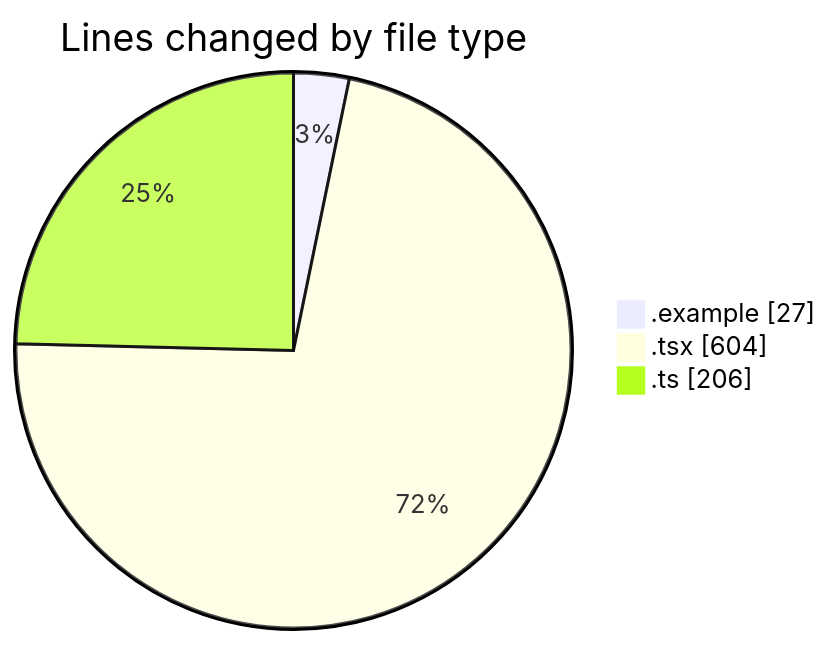
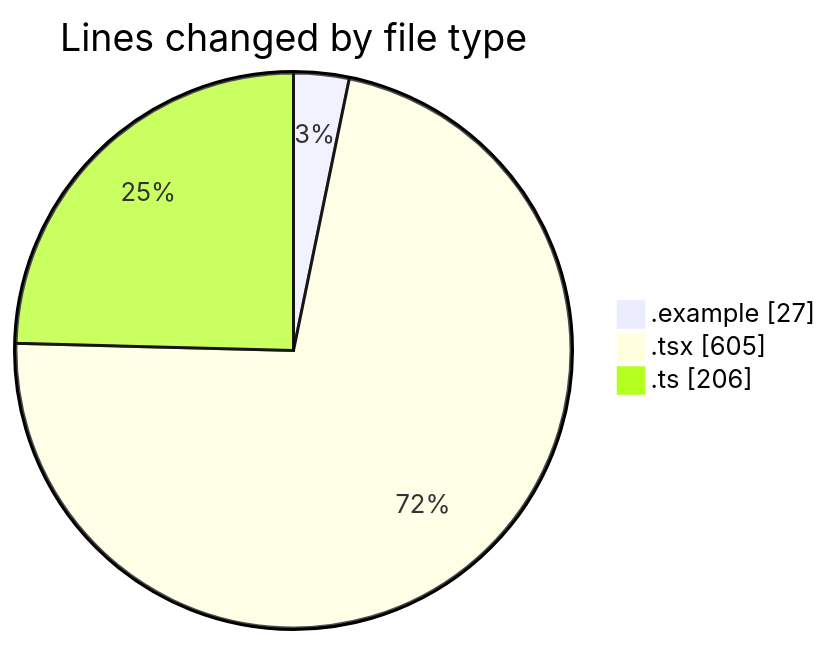
The first of 2 diagrams in 2025-11-16/eventscop-frontend-guide__workspace_/README.md (julien-gomy/code-tracking), drawn with Mermaid before and after one commit. The commit also changed other lines of this file and 1 other file, not shown here.

````diff
--- a/2025-11-16/eventscop-frontend-guide__workspace_/README.md
+++ b/2025-11-16/eventscop-frontend-guide__workspace_/README.md
@@ -26,7 +26,7 @@
 ```mermaid
 pie showData
 title Lines changed by file type
 ".example" : 27
-".tsx" : 604
+".tsx" : 605
 ".ts" : 206
 ```
````
